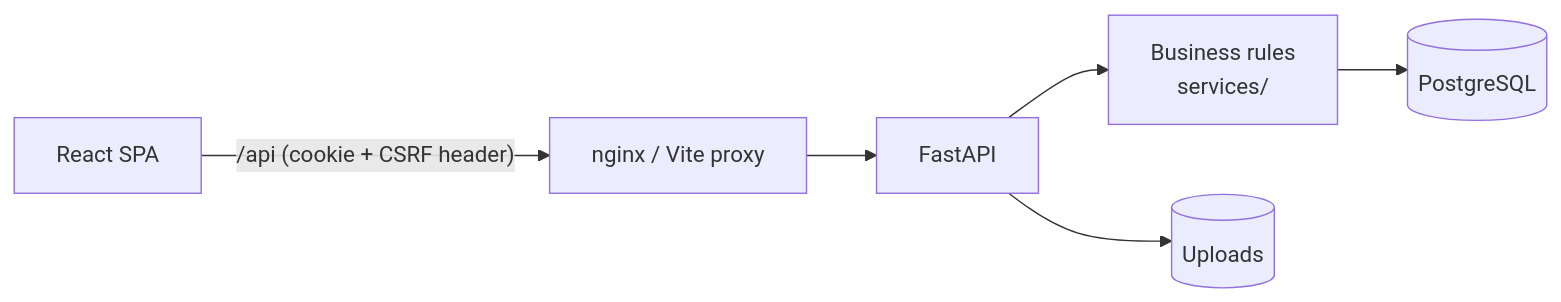
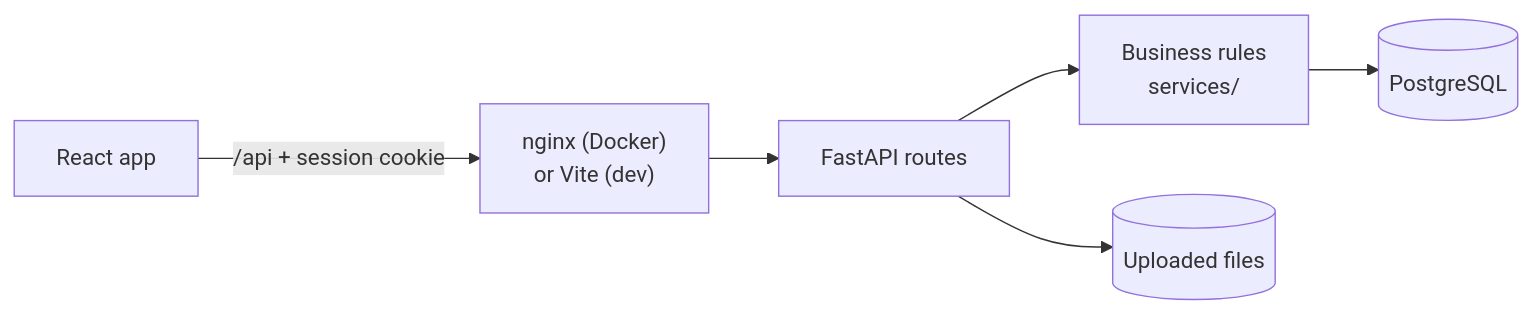
One commit to saxipatel-dev/returndesk changed the diagram in README.md. Above: the diagram before and after it, drawn with Mermaid. The commit also changed other lines of this file and 5 other files, not shown here.

````diff
--- a/README.md
+++ b/README.md
@@ -71,8 +239,8 @@
 ```mermaid
 flowchart LR
-    B["React SPA"] -- "/api (cookie + CSRF header)" --> N["nginx / Vite proxy"]
-    N --> A["FastAPI"]
+    B["React app"] -- "/api + session cookie" --> N["nginx (Docker)<br/>or Vite (dev)"]
+    N --> A["FastAPI routes"]
     A --> S["Business rules<br/>services/"]
     S --> P[("PostgreSQL")]
-    A --> U[("Uploads")]
+    A --> U[("Uploaded files")]
 ```
````
